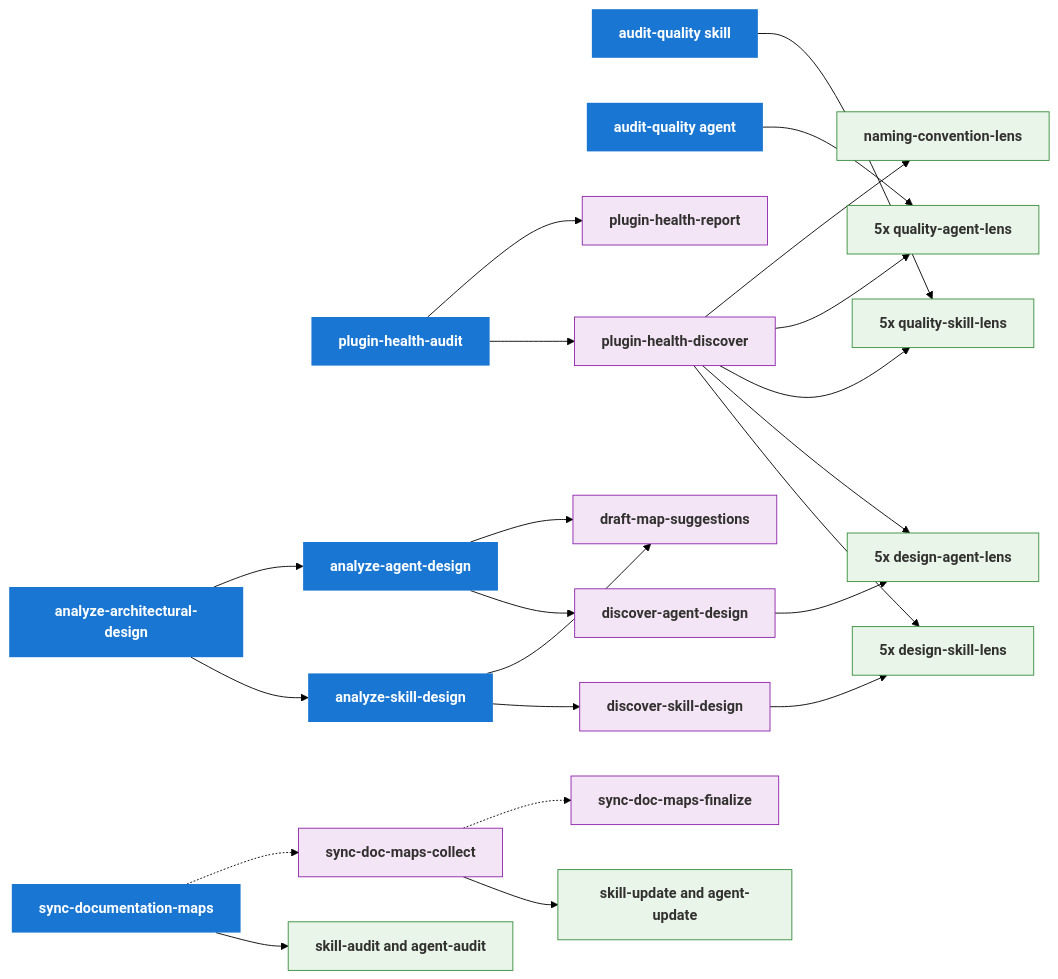
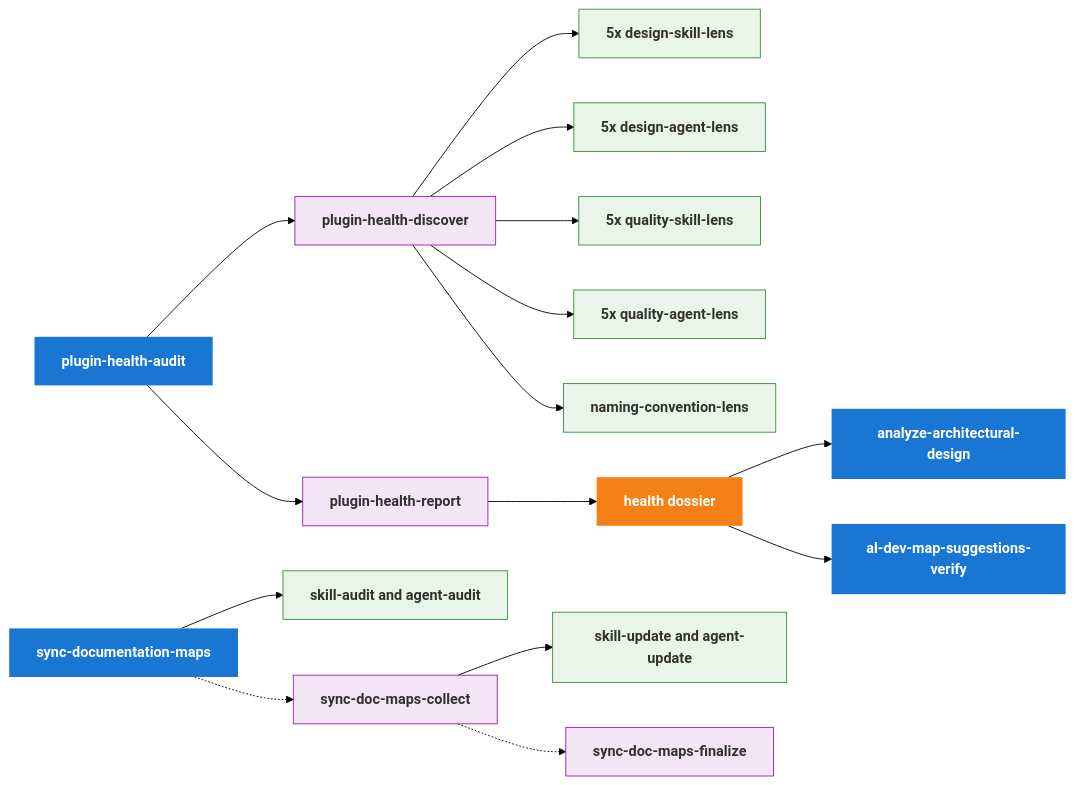
One commit to russell-laing/al-dev-shared changed the first of 2 diagrams in docs/maintainer-tooling.md. Above: the diagram before and after it, drawn with Mermaid (forest theme). The commit also changed other lines of this file and 2 other files, not shown here.

````diff
--- a/docs/maintainer-tooling.md
+++ b/docs/maintainer-tooling.md
@@ -55,35 +60,33 @@
     classDef entry fill:#1976d2,stroke:none,color:#fff,font-weight:bold
     classDef sub fill:#f3e5f5,stroke:#8e24aa,color:#323130,font-weight:bold
     classDef agentGroup fill:#e8f5e8,stroke:#388e3c,color:#323130,font-weight:bold
+    classDef output fill:#f57f17,stroke:none,color:#fff,font-weight:bold
 
     %% Entry points
     PHA[plugin-health-audit]
     AAD[analyze-architectural-design]
-    ASD[analyze-skill-design]
-    AGD[analyze-agent-design]
-    AQS[audit-quality skill]
-    AQA[audit-quality agent]
+    AMSV[al-dev-map-suggestions-verify]
     SDM[sync-documentation-maps]
 
     %% Sub-skills
     PHD[plugin-health-discover]
     PHR[plugin-health-report]
-    DSD[discover-skill-design]
-    DAD[discover-agent-design]
-    DMS[draft-map-suggestions]
     SDMC[sync-doc-maps-collect]
     SDMF[sync-doc-maps-finalize]
 
     %% Agent groups dispatched
+    DSL[5x design-skill-lens]
+    DAL[5x design-agent-lens]
     QSL[5x quality-skill-lens]
     QAL[5x quality-agent-lens]
-    DSL[5x design-skill-lens]
-    DAL[5x design-agent-lens]
     NL[naming-convention-lens]
     AUDIT[skill-audit and agent-audit]
     UPDATE[skill-update and agent-update]
 
-    %% Health audit
+    %% Output
+    DOSSIER[health dossier]
+
+    %% Find-improvements - the single entry
     PHA --> PHD
     PHA --> PHR
     PHD --> DSL
@@ -91,22 +94,13 @@
     PHD --> QSL
     PHD --> QAL
     PHD --> NL
+    PHR --> DOSSIER
 
-    %% Architectural analysis
-    AAD --> ASD
-    AAD --> AGD
-    ASD --> DSD
-    AGD --> DAD
-    DSD --> DSL
-    DAD --> DAL
-    ASD --> DMS
-    AGD --> DMS
+    %% Dossier consumers
+    DOSSIER --> AAD
+    DOSSIER --> AMSV
 
-    %% Quality audit (standalone)
-    AQS --> QSL
-    AQA --> QAL
-
-    %% Async map sync - user runs each step manually
+    %% Async map sync
     SDM --> AUDIT
     SDM -.-> SDMC
     SDMC --> UPDATE
@@ -114,25 +108,18 @@
 
     class PHA entry
     class AAD entry
-    class ASD entry
-    class AGD entry
-    class AQS entry
-    class AQA entry
+    class AMSV entry
     class SDM entry
-
     class PHD sub
     class PHR sub
-    class DSD sub
-    class DAD sub
-    class DMS sub
     class SDMC sub
     class SDMF sub
-
+    class DSL agentGroup
+    class DAL agentGroup
     class QSL agentGroup
     class QAL agentGroup
-    class DSL agentGroup
-    class DAL agentGroup
     class NL agentGroup
     class AUDIT agentGroup
     class UPDATE agentGroup
+    class DOSSIER output
 ```
````
